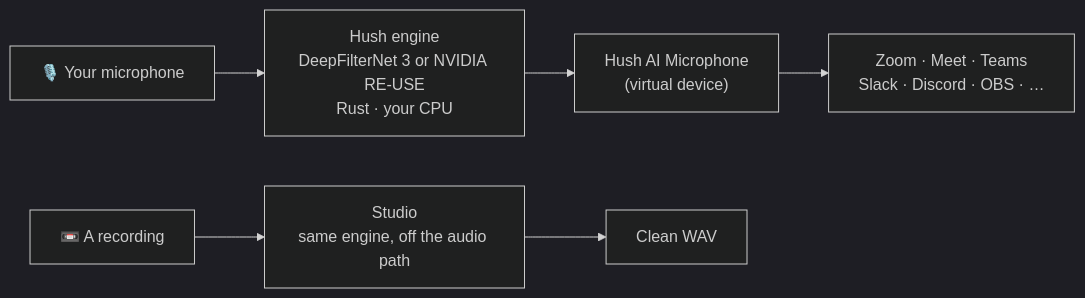
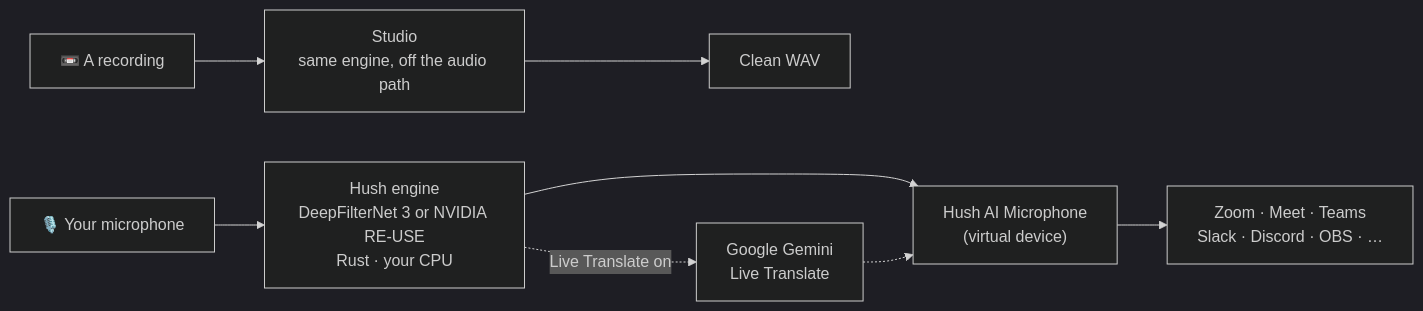
One commit to alshell7/hush-ai changed the diagram in README.md. Above: the diagram before and after it, drawn with Mermaid (dark theme). The commit also changed other lines of this file and 10 other files, not shown here.

Commit message:
Docs and README for Studio, Meetings and Live Translate; version 1.1.0

````diff
--- a/README.md
+++ b/README.md
@@ -159,7 +178,8 @@
 ```mermaid
 flowchart LR
   mic["🎙️ Your microphone"] --> engine["Hush engine<br/>DeepFilterNet 3 or NVIDIA RE-USE<br/>Rust · your CPU"]
   engine --> vmic["Hush AI Microphone<br/>(virtual device)"]
   vmic --> apps["Zoom · Meet · Teams<br/>Slack · Discord · OBS · …"]
   file["📼 A recording"] --> studio["Studio<br/>same engine, off the audio path"] --> wav["Clean WAV"]
+  engine -.->|"Live Translate on"| gemini["Google Gemini<br/>Live Translate"] -.-> vmic
 ```
````
